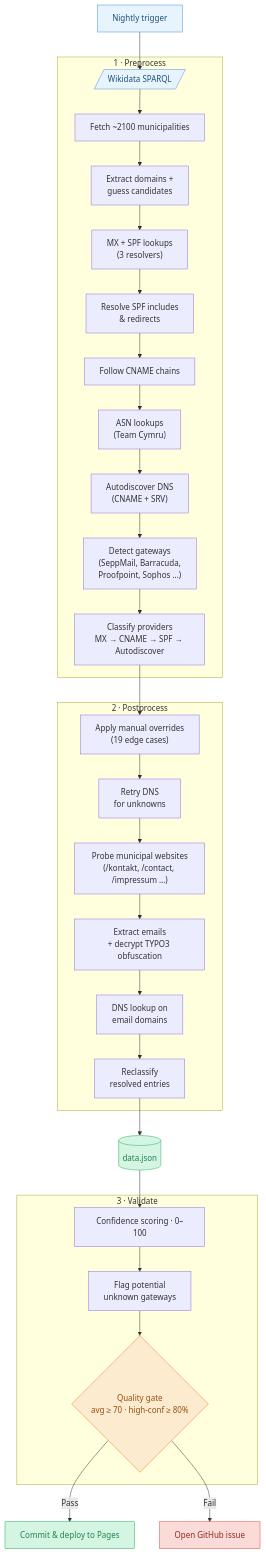
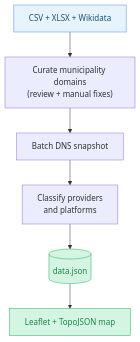
The diagram in README.md (tklemenc/mxatlas), drawn with Mermaid before and after one commit. The commit also changed other lines of this file and 20 other files, not shown here.

Commit message:
Publish Germany static snapshot and legal pages

````diff
--- a/README.md
+++ b/README.md
@@ -20,44 +21,12 @@
 ```mermaid
 flowchart TD
-    trigger["Nightly trigger"] --> wikidata
+    sources["CSV + XLSX + Wikidata"] --> domains["Curate municipality domains<br/>(review + manual fixes)"]
+    domains --> dns["Batch DNS snapshot"]
+    dns --> classify["Classify providers<br/>and platforms"]
+    classify --> data[("data.json")]
+    data --> map["Leaflet + TopoJSON map"]
 
-    subgraph pre ["1 · Preprocess"]
-        wikidata[/"Wikidata SPARQL"/] --> fetch["Fetch ~2100 municipalities"]
-        fetch --> domains["Extract domains +<br/>guess candidates"]
-        domains --> dns["MX + SPF lookups<br/>(3 resolvers)"]
-        dns --> spf_resolve["Resolve SPF includes<br/>& redirects"]
-        spf_resolve --> cname["Follow CNAME chains"]
-        cname --> asn["ASN lookups<br/>(Team Cymru)"]
-        asn --> autodiscover["Autodiscover DNS<br/>(CNAME + SRV)"]
-        autodiscover --> gateway["Detect gateways<br/>(SeppMail, Barracuda,<br/>Proofpoint, Sophos ...)"]
-        gateway --> classify["Classify providers<br/>MX → CNAME → SPF → Autodiscover"]
-    end
-
-    classify --> overrides
-
-    subgraph post ["2 · Postprocess"]
-        overrides["Apply manual overrides<br/>(19 edge cases)"] --> retry["Retry DNS<br/>for unknowns"]
-        retry --> scrape_urls["Probe municipal websites<br/>(/kontakt, /contact, /impressum …)"]
-        scrape_urls --> extract["Extract emails<br/>+ decrypt TYPO3 obfuscation"]
-        extract --> scrape_dns["DNS lookup on<br/>email domains"]
-        scrape_dns --> reclassify["Reclassify<br/>resolved entries"]
-    end
-
-    reclassify --> data[("data.json")]
-    data --> score
-
-    subgraph val ["3 · Validate"]
-        score["Confidence scoring · 0–100"] --> gwarn["Flag potential<br/>unknown gateways"]
-        gwarn --> gate{"Quality gate<br/>avg ≥ 70 · high-conf ≥ 80%"}
-    end
-
-    gate -- "Pass" --> deploy["Commit & deploy to Pages"]
-    gate -- "Fail" --> issue["Open GitHub issue"]
-
-    style trigger fill:#e8f4fd,stroke:#4a90d9,color:#1a5276
-    style wikidata fill:#e8f4fd,stroke:#4a90d9,color:#1a5276
+    style sources fill:#e8f4fd,stroke:#4a90d9,color:#1a5276
     style data fill:#d5f5e3,stroke:#27ae60,color:#1e8449
-    style deploy fill:#d5f5e3,stroke:#27ae60,color:#1e8449
-    style issue fill:#fadbd8,stroke:#e74c3c,color:#922b21
-    style gate fill:#fdebd0,stroke:#e67e22,color:#935116
+    style map fill:#d5f5e3,stroke:#27ae60,color:#1e8449
 ```
````
